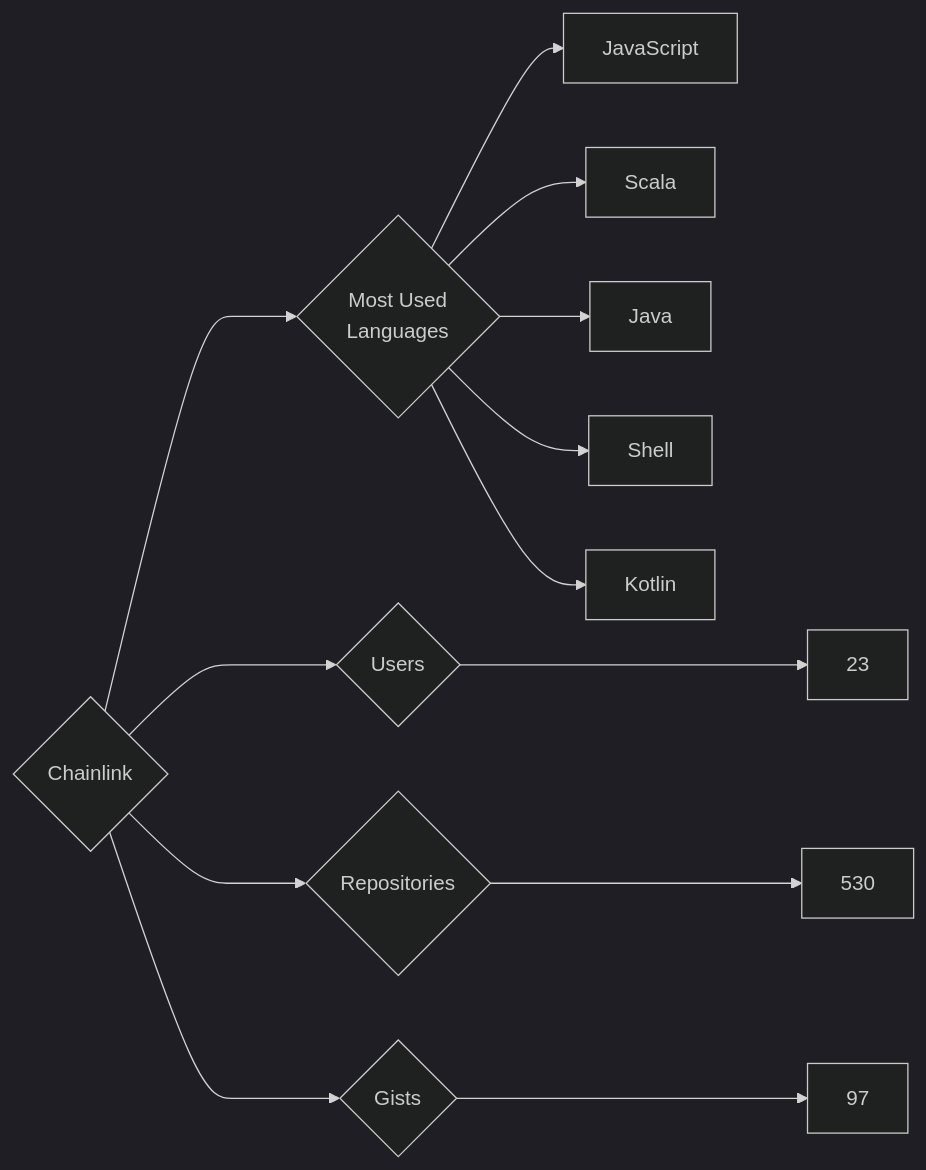
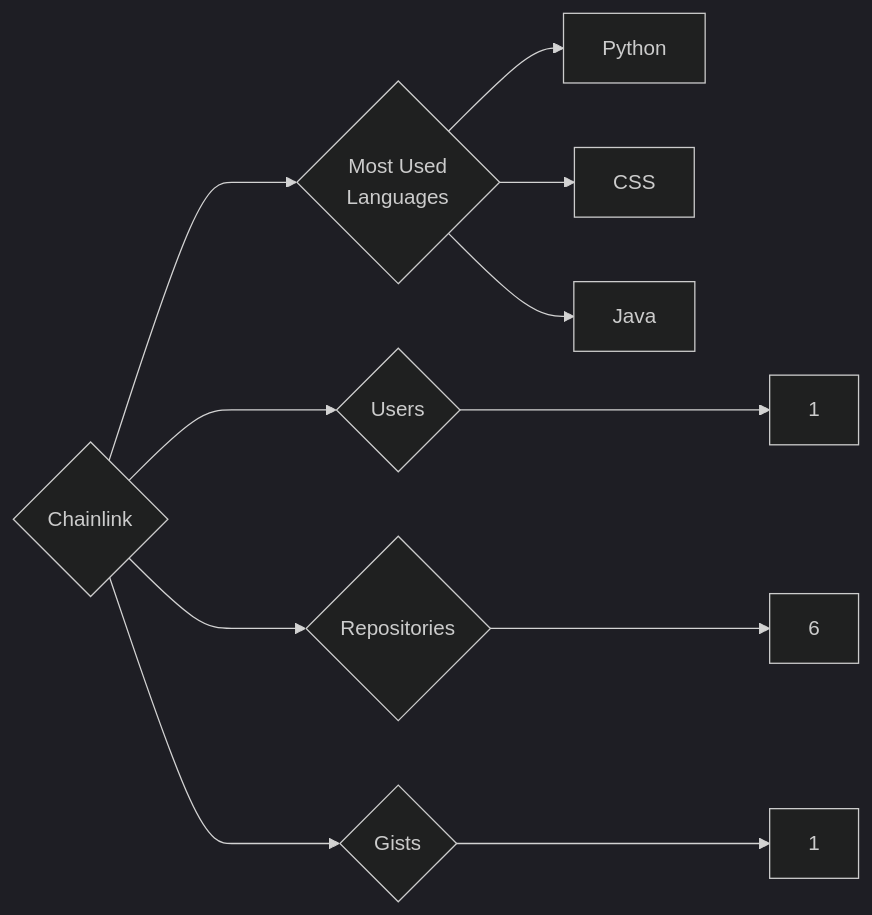
The diagram in targets/Chainlink/README.md (trickest/insiders), drawn with Mermaid (dark theme) before and after one commit. The commit also changed 872 other files, not shown here.

````diff
--- a/targets/Chainlink/README.md
+++ b/targets/Chainlink/README.md
@@ -3,13 +3,11 @@
 ```mermaid
 graph LR
 COMPANY_NAME{Chainlink}
-COMPANY_NAME ---> U{Users} ---> UN[23]
-COMPANY_NAME ---> R{Repositories} ---> RN[530]
-COMPANY_NAME ---> G{Gists} ---> GN[97]
+COMPANY_NAME ---> U{Users} ---> UN[1]
+COMPANY_NAME ---> R{Repositories} ---> RN[6]
+COMPANY_NAME ---> G{Gists} ---> GN[1]
 COMPANY_NAME ---> ML{Most Used<br>Languages}
-ML --> JavaScript[JavaScript]
-ML --> Scala[Scala]
+ML --> Python[Python]
+ML --> CSS[CSS]
 ML --> Java[Java]
-ML --> Shell[Shell]
-ML --> Kotlin[Kotlin]
 ```
````
